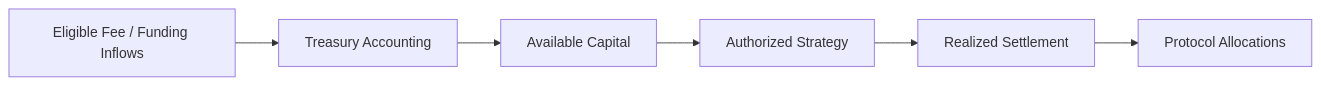
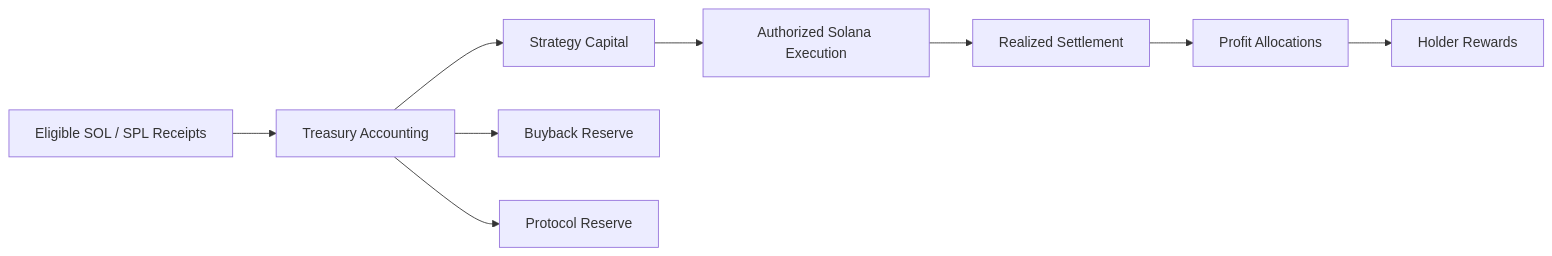
The second of 2 diagrams in README.md (CompdProtocol/CompdProtocol), drawn with Mermaid before and after one commit. The commit also changed other lines of this file, not shown here.

````diff
--- a/README.md
+++ b/README.md
@@ -173,15 +94,11 @@
 ```mermaid
 flowchart LR
-    A["Eligible Fee / Funding Inflows"]
-    B["Treasury Accounting"]
-    C["Available Capital"]
-    D["Authorized Strategy"]
-    E["Realized Settlement"]
-    F["Protocol Allocations"]
-
-    A --> B
-    B --> C
-    C --> D
-    D --> E
-    E --> F
+    A["Eligible SOL / SPL Receipts"] --> B["Treasury Accounting"]
+    B --> C["Strategy Capital"]
+    B --> D["Buyback Reserve"]
+    B --> E["Protocol Reserve"]
+    C --> F["Authorized Solana Execution"]
+    F --> G["Realized Settlement"]
+    G --> H["Profit Allocations"]
+    H --> I["Holder Rewards"]
 ```
````
